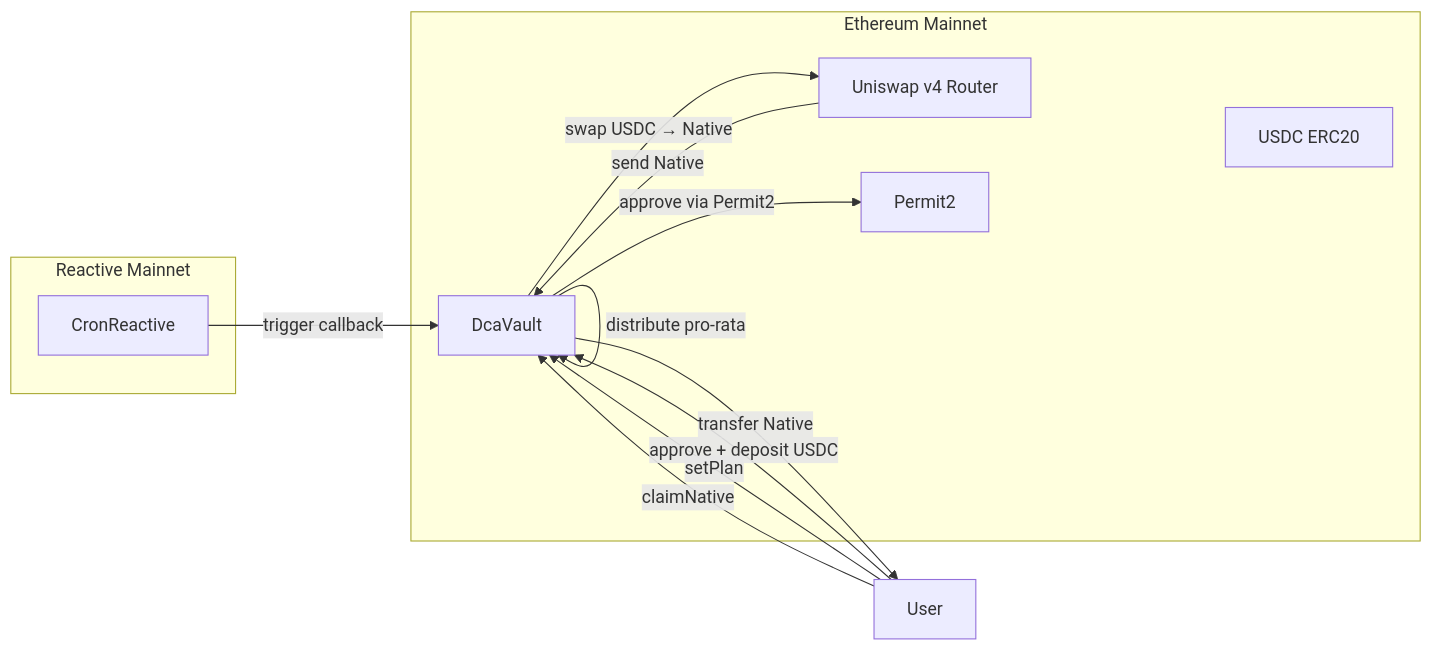
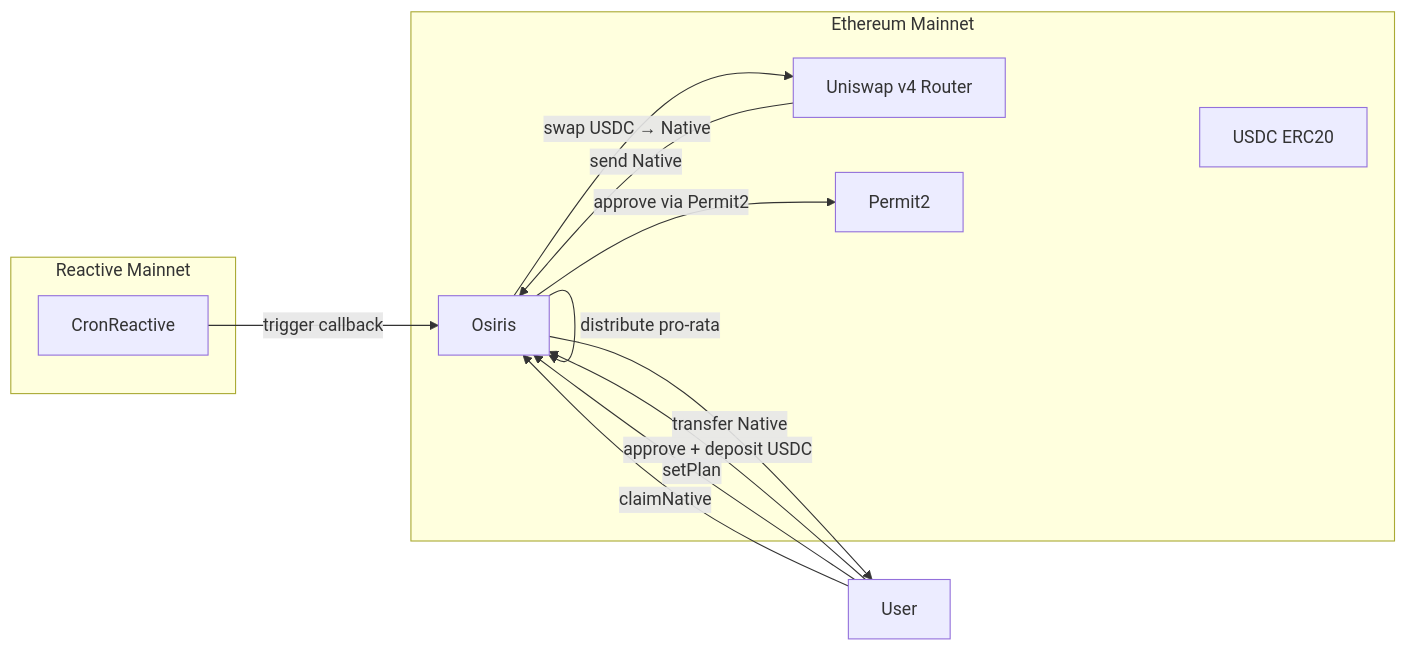
The first of 2 diagrams in README.md (Le-Caignec/Osiris), drawn with Mermaid before and after one commit. The commit also changed other lines of this file and 5 other files, not shown here.

````diff
--- a/README.md
+++ b/README.md
@@ -90,25 +88,22 @@
 ```mermaid
 flowchart LR
     subgraph R[Reactive Mainnet]
         CR[CronReactive]
     end
 
     subgraph E[Ethereum Mainnet]
-        V[DcaVault]
+        V[Osiris]
         U4[Uniswap v4 Router]
         P2[Permit2]
         T[USDC ERC20]
     end
 
     U[User] -->|approve + deposit USDC| V
     U -->|setPlan| V
-
     CR -- trigger callback --> V
-
     V -->|approve via Permit2| P2
     V -->|swap USDC → Native| U4
     U4 -->|send Native| V
-
     V -->|distribute pro-rata| V
     U -->|claimNative| V -->|transfer Native| U
 ```
````
